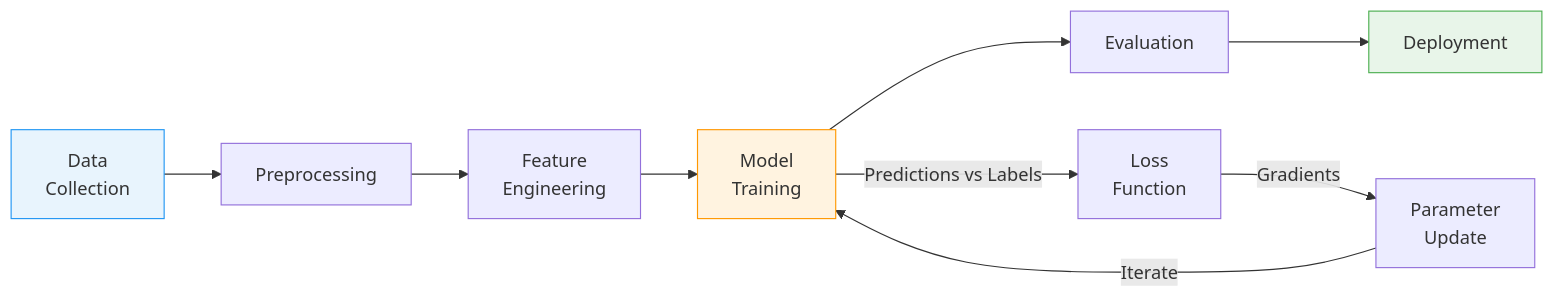
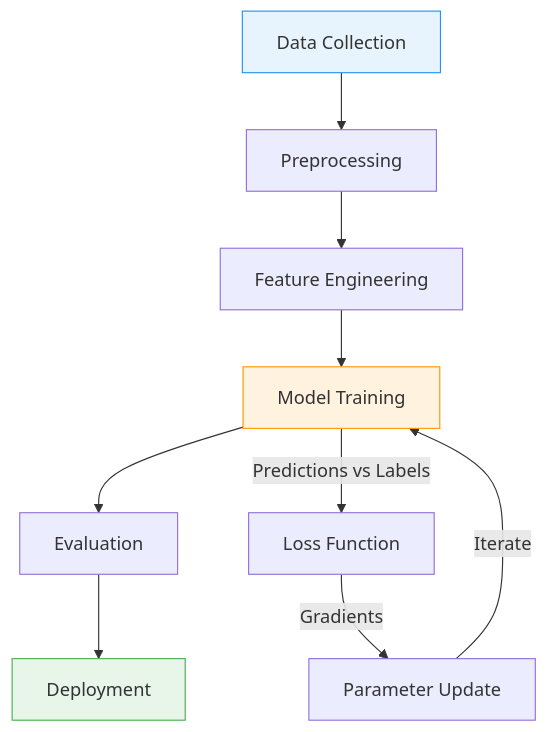
One commit to sungsoo-ahn/sungsoo-ahn.github.io changed the first of 3 diagrams in _teaching/protein-ai-s26-02-preliminary-ai-fundamentals.md. Above: the diagram before and after it, drawn with Mermaid. The commit also changed other lines of this file and 13 other files, not shown here.

First line of the commit message:
docs: Restructure teaching notes, fix notation, enable Mermaid, trim Note 00

````diff
--- a/_teaching/protein-ai-s26-02-preliminary-ai-fundamentals.md
+++ b/_teaching/protein-ai-s26-02-preliminary-ai-fundamentals.md
@@ -118,16 +120,16 @@
 ```mermaid
-flowchart LR
-    A["Data\nCollection"] --> B["Preprocessing"]
-    B --> C["Feature\nEngineering"]
-    C --> D["Model\nTraining"]
+flowchart TD
+    A["Data Collection"] --> B["Preprocessing"]
+    B --> C["Feature Engineering"]
+    C --> D["Model Training"]
     D --> E["Evaluation"]
     E --> F["Deployment"]
 
-    D -->|"Predictions vs Labels"| L["Loss\nFunction"]
-    L -->|"Gradients"| U["Parameter\nUpdate"]
+    D -->|"Predictions vs Labels"| L["Loss Function"]
+    L -->|"Gradients"| U["Parameter Update"]
     U -->|"Iterate"| D
 
     style A fill:#e8f4fd,stroke:#2196F3
     style D fill:#fff3e0,stroke:#FF9800
     style F fill:#e8f5e9,stroke:#4CAF50
 ```
````
